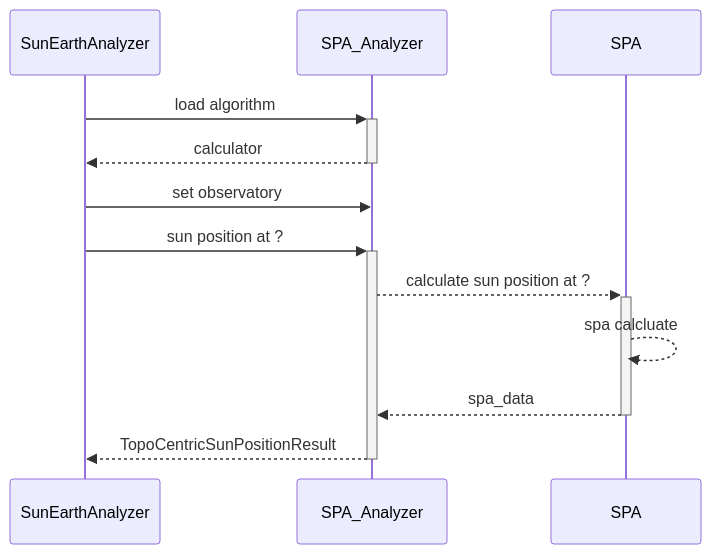
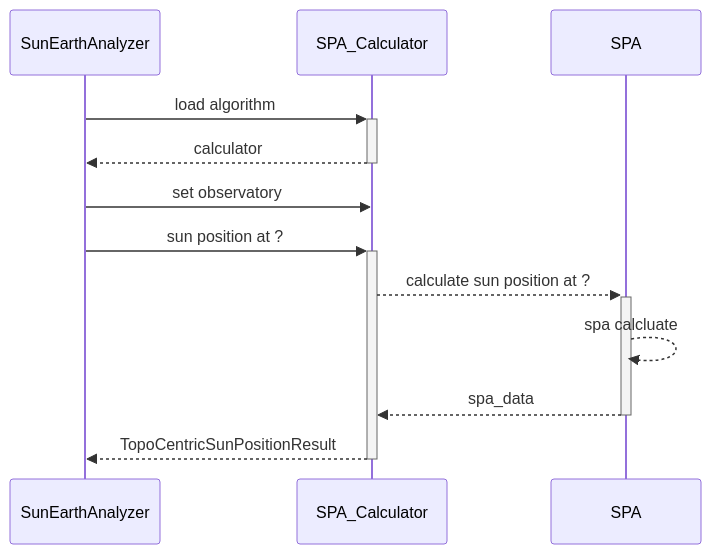
One commit to mikesongming/SE-Geometry changed the second of 3 diagrams in docs/dev-guide/dev-guide.md. Above: the diagram before and after it, drawn with Mermaid. The commit also changed other lines of this file and 6 other files, not shown here.

Commit message:
Rename: Analyzer -> Algorithm, SPA_Analyzer -> SPA_Calculator

````diff
--- a/docs/dev-guide/dev-guide.md
+++ b/docs/dev-guide/dev-guide.md
@@ -70,22 +70,22 @@
 ``` mermaid
 sequenceDiagram
     participant SunEarthAnalyzer
-    participant SPA_Analyzer
+    participant SPA_Calculator
     participant SPA
-    SunEarthAnalyzer ->>+ SPA_Analyzer: load algorithm
-    SPA_Analyzer -->>- SunEarthAnalyzer: calculator
+    SunEarthAnalyzer ->>+ SPA_Calculator: load algorithm
+    SPA_Calculator -->>- SunEarthAnalyzer: calculator
 
-    SunEarthAnalyzer ->> SPA_Analyzer: set observatory
+    SunEarthAnalyzer ->> SPA_Calculator: set observatory
 
-    SunEarthAnalyzer ->>+ SPA_Analyzer: sun position at ?
+    SunEarthAnalyzer ->>+ SPA_Calculator: sun position at ?
     % break when observatory not set
-    %     SPA_Analyzer -->> SunEarthAnalyzer: RuntimeError
+    %     SPA_Calculator -->> SunEarthAnalyzer: RuntimeError
     % end
-    SPA_Analyzer -->>+ SPA: calculate sun position at ?
+    SPA_Calculator -->>+ SPA: calculate sun position at ?
     % break when validate_inputs fails
-    %     SPA-->SPA_Analyzer: error code
+    %     SPA-->SPA_Calculator: error code
     % end
     SPA -->> SPA: spa calcluate
-    SPA -->>- SPA_Analyzer: spa_data
-    SPA_Analyzer -->>- SunEarthAnalyzer: TopoCentricSunPositionResult
+    SPA -->>- SPA_Calculator: spa_data
+    SPA_Calculator -->>- SunEarthAnalyzer: TopoCentricSunPositionResult
 ```
````
